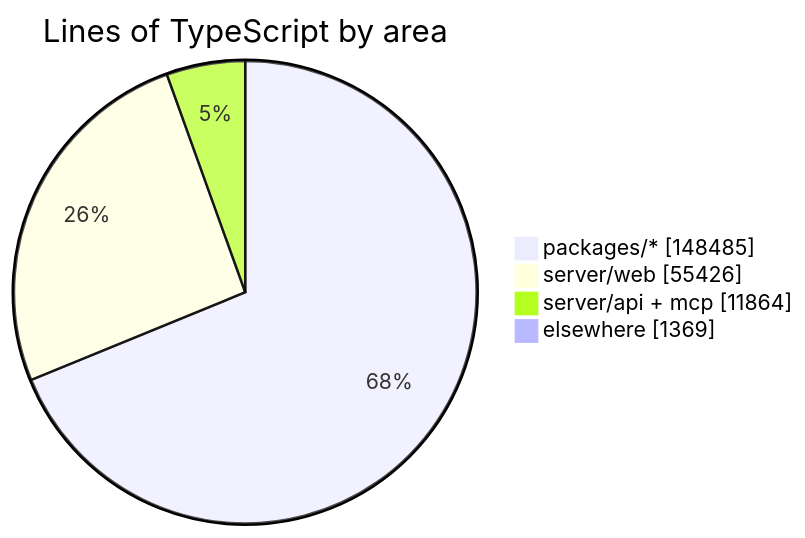
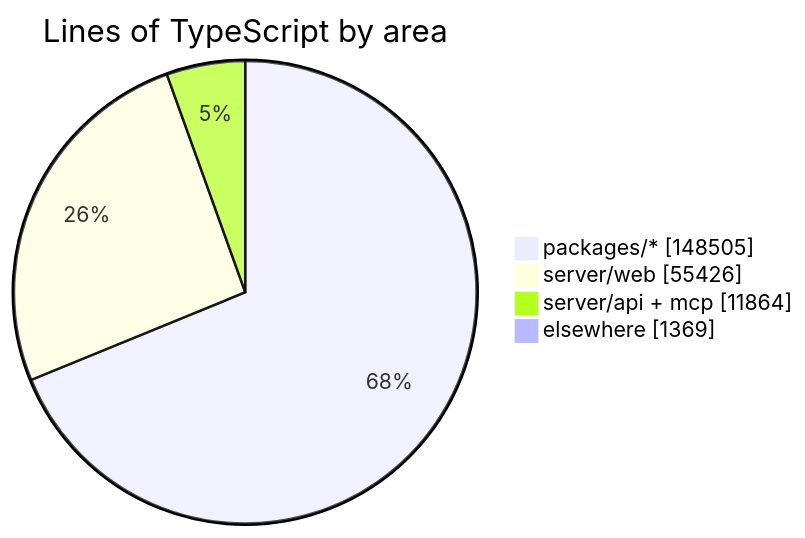
The diagram in README.md (crossworks-engineering/mantle), drawn with Mermaid before and after one commit. The commit also changed other lines of this file and 2 other files, not shown here.

````diff
--- a/README.md
+++ b/README.md
@@ -279,7 +279,7 @@
 ```mermaid
 pie showData title Lines of TypeScript by area
-    "packages/*" : 148485
+    "packages/*" : 148505
     "server/web" : 55426
     "server/api + mcp" : 11864
     "elsewhere" : 1369
 ```
````
